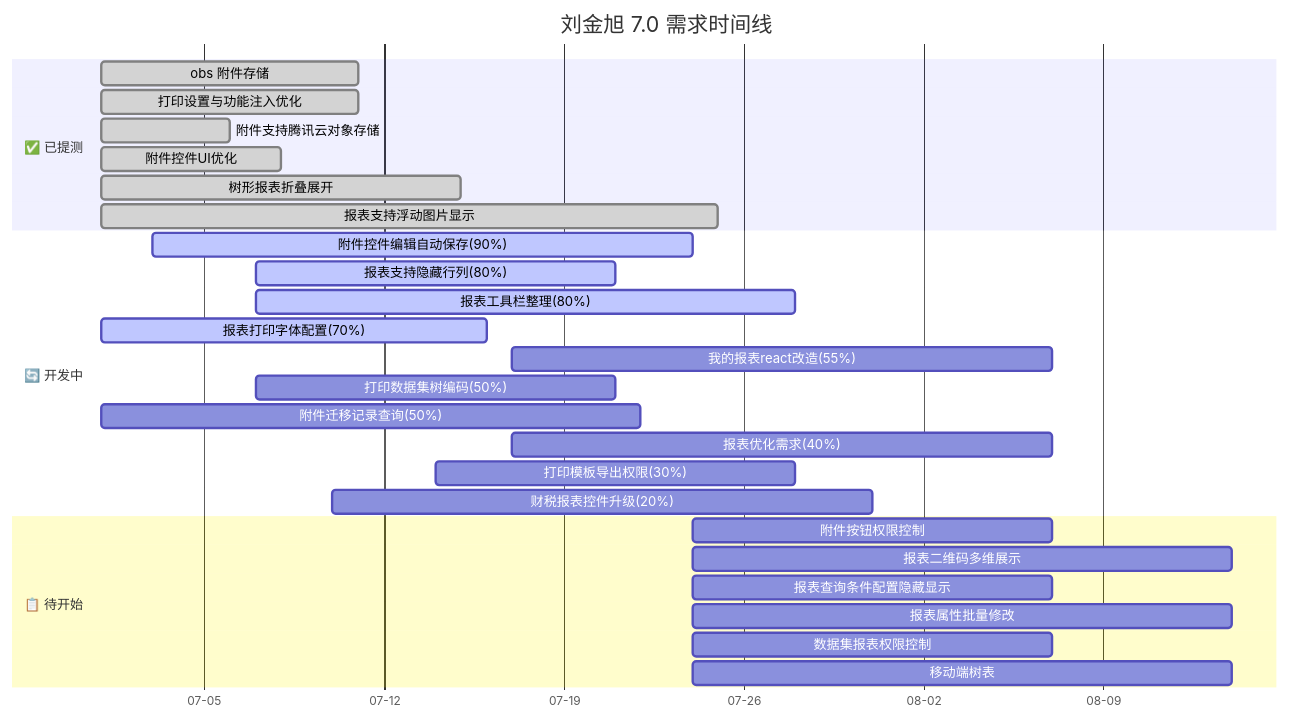
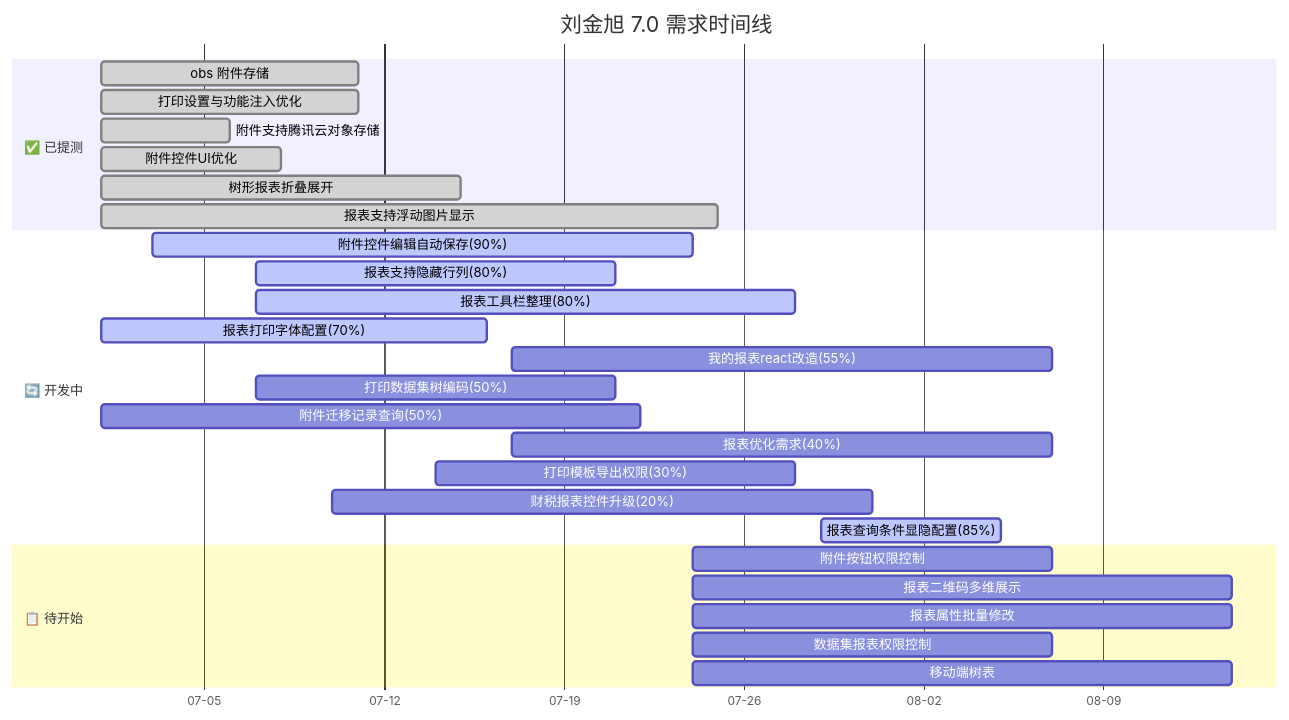
The second of 3 diagrams in plan/刘金旭-7.0需求项目规划.md (Junks5020/Obsidian), drawn with Mermaid before and after one commit. The commit also changed other lines of this file and 46 other files, not shown here.

````diff
--- a/plan/刘金旭-7.0需求项目规划.md
+++ b/plan/刘金旭-7.0需求项目规划.md
@@ -252,34 +252,34 @@
 ```mermaid
 gantt
     title 刘金旭 7.0 需求时间线
     dateFormat  YYYY-MM-DD
     axisFormat  %m-%d
 
     section ✅ 已提测
     obs 附件存储            :done, r1, 2026-07-01, 10d
     打印设置与功能注入优化       :done, r2, 2026-07-01, 10d
     附件支持腾讯云对象存储       :done, r3, 2026-07-01, 5d
     附件控件UI优化             :done, r4, 2026-07-01, 7d
     树形报表折叠展开            :done, r5, 2026-07-01, 14d
     报表支持浮动图片显示         :done, r6, 2026-07-01, 24d
 
     section 🔄 开发中
     附件控件编辑自动保存(90%)    :active, d1, 2026-07-03, 21d
     报表支持隐藏行列(80%)       :active, d2, 2026-07-07, 14d
     报表工具栏整理(80%)         :active, d3, 2026-07-07, 21d
     报表打印字体配置(70%)       :active, d4, 2026-07-01, 15d
     我的报表react改造(55%)     :d5, 2026-07-17, 21d
     打印数据集树编码(50%)       :d6, 2026-07-07, 14d
     附件迁移记录查询(50%)       :d7, 2026-07-01, 21d
     报表优化需求(40%)          :d8, 2026-07-17, 21d
     打印模板导出权限(30%)       :d9, 2026-07-14, 14d
     财税报表控件升级(20%)       :d10, 2026-07-10, 21d
+    报表查询条件显隐配置(85%)    :active, d11, 2026-07-29, 7d
 
     section 📋 待开始
     附件按钮权限控制            :11, 2026-07-24, 14d
     报表二维码多维展示           :12, 2026-07-24, 21d
-    报表查询条件配置隐藏显示       :13, 2026-07-24, 14d
     报表属性批量修改             :14, 2026-07-24, 21d
     数据集报表权限控制           :15, 2026-07-24, 14d
     移动端树表                 :16, 2026-07-24, 21d
 ```
````
